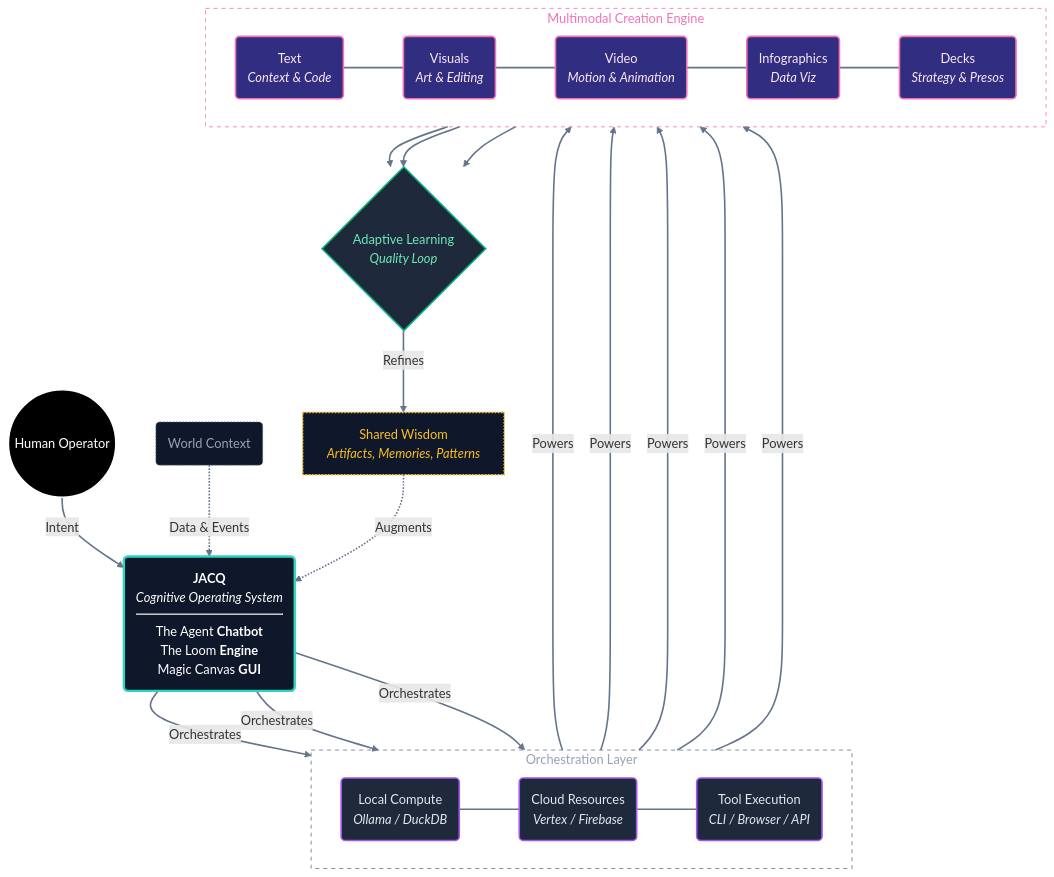
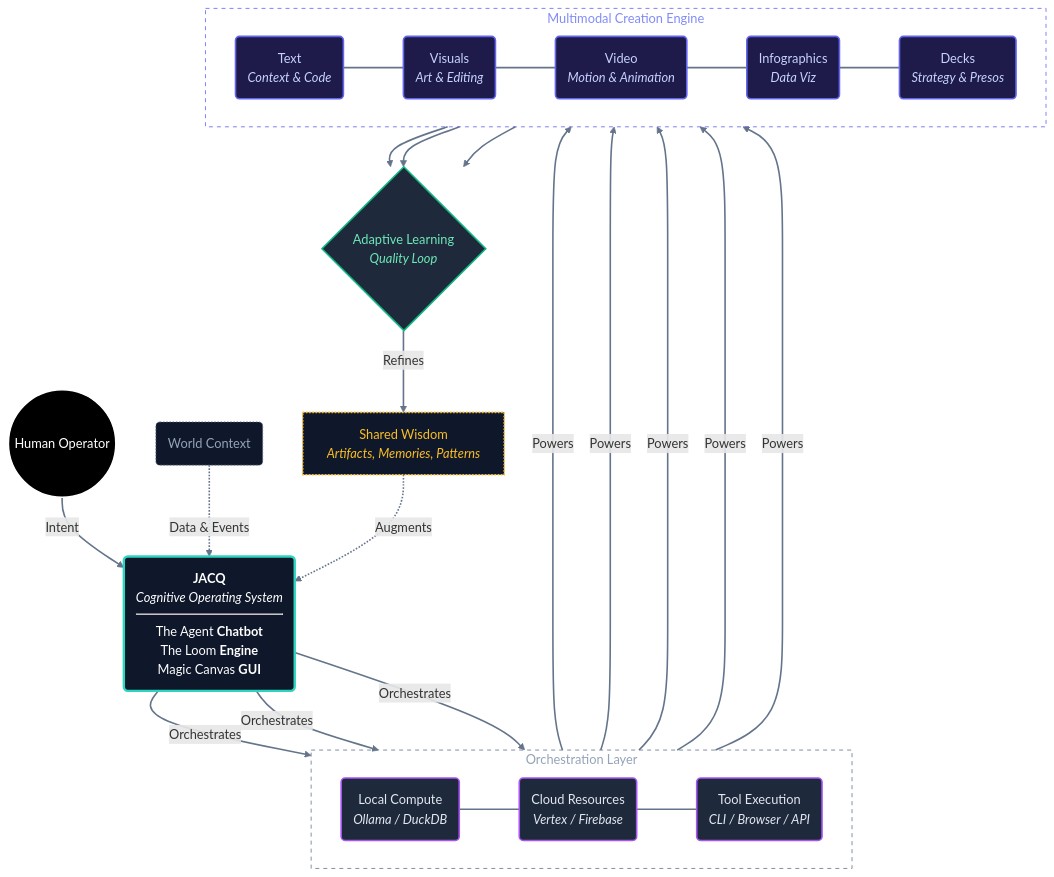
One commit to shifujosh/shifujosh changed the diagram in assets/portfolio_ecosystem.mmd. Above: the diagram before and after it, drawn with Mermaid. The commit also changed 2 other files, not shown here.

Commit message:
style: update portfolio diagram (round 9 - indigo/cyan theme) & bust cache

```diff
--- a/assets/portfolio_ecosystem.mmd
+++ b/assets/portfolio_ecosystem.mmd
@@ -1,80 +1,80 @@
 graph TD
     %% Styling - Minimalist Dark Mode with Frontier Accents
     %% Hub: Central OS
     classDef hub fill:#0f172a,stroke:#2dd4bf,stroke-width:3px,color:#fff;
     %% Infra: Orchestration layer
     classDef infra fill:#1e293b,stroke:#a855f7,stroke-width:2px,color:#e2e8f0;
     %% Shared: Wisdom/Memory
     classDef wisdom fill:#0f172a,stroke:#fbbf24,stroke-width:2px,color:#fbbf24,stroke-dasharray: 2 2;
     %% Actor: User
     classDef actor fill:#000000,stroke:#fff,stroke-width:2px,color:#fff;
     %% Input: Context
     classDef input fill:#0f172a,stroke:#64748b,stroke-width:1px,color:#94a3b8,stroke-dasharray: 2 2;
     %% Frontier: Multimodal outputs
-    classDef frontier fill:#312e81,stroke:#f472b6,stroke-width:2px,color:#fce7f3;
+    classDef frontier fill:#1e1b4b,stroke:#6366f1,stroke-width:2px,color:#c7d2fe;
     %% Learning Loop
     classDef loop fill:#1e293b,stroke:#10b981,stroke-width:2px,color:#6ee7b7;
 
     %% 1. Inputs - Top Level
     User((Human Operator)):::actor
     World(World Context):::input
 
     %% 2. The Core
     JACQ(<b>JACQ</b><br/><i>Cognitive Operating System</i><hr/>The Agent <b>Chatbot</b><br/>The Loom <b>Engine</b><br/>Magic Canvas <b>GUI</b>):::hub
 
     %% 3. Infrastructure Layer (Orchestration)
     subgraph Orchestration [Orchestration Layer]
         direction LR
         style Orchestration fill:none,stroke:#64748b,stroke-width:1px,stroke-dasharray: 5 5,color:#94a3b8
         Local(Local Compute<br/><i>Ollama / DuckDB</i>):::infra
         Cloud(Cloud Resources<br/><i>Vertex / Firebase</i>):::infra
         Tools(Tool Execution<br/><i>CLI / Browser / API</i>):::infra
     end
 
     %% 4. Multimodal Output Engine
     subgraph Outputs [Multimodal Creation Engine]
         direction LR
-        style Outputs fill:none,stroke:#f472b6,stroke-width:1px,stroke-dasharray: 5 5,color:#f472b6
+        style Outputs fill:none,stroke:#6366f1,stroke-width:1px,stroke-dasharray: 5 5,color:#818cf8
         Text(Text<br/><i>Context & Code</i>):::frontier
         Visuals(Visuals<br/><i>Art & Editing</i>):::frontier
         Video(Video<br/><i>Motion & Animation</i>):::frontier
         Info(Infographics<br/><i>Data Viz</i>):::frontier
         Slides(Decks<br/><i>Strategy & Presos</i>):::frontier
     end
     
     %% 5. The Virtuous Cycle
     Learning{Adaptive Learning<br/><i>Quality Loop</i>}:::loop
     Wisdom[Shared Wisdom<br/><i>Artifacts, Memories, Patterns</i>]:::wisdom
 
     %% Connection Logic - Vertical Flow
     User ==>|Intent| JACQ
     World -.->|Data & Events| JACQ
     
     %% JACQ to Infra
     JACQ ==>|Orchestrates| Local
     JACQ ==>|Orchestrates| Cloud
     JACQ ==>|Orchestrates| Tools
     
     %% Force Infra Alignment
     Local ~~~ Cloud ~~~ Tools
     
     %% Frontier Power
     Cloud ==>|Powers| Text
     Cloud ==>|Powers| Visuals
     Cloud ==>|Powers| Video
     Cloud ==>|Powers| Info
     Cloud ==>|Powers| Slides
     
     %% Force Output Alignment
     Text ~~~ Visuals ~~~ Video ~~~ Info ~~~ Slides
     
     %% The Adaptive Loop
     Text --> Learning
     Visuals --> Learning
     Info --> Learning
     
     Learning ==>|Refines| Wisdom
     Wisdom -.->|Augments| JACQ
 
     %% Layout - Explicit Link Styling
     linkStyle default stroke-width:2px,fill:none,stroke:#64748b
```
